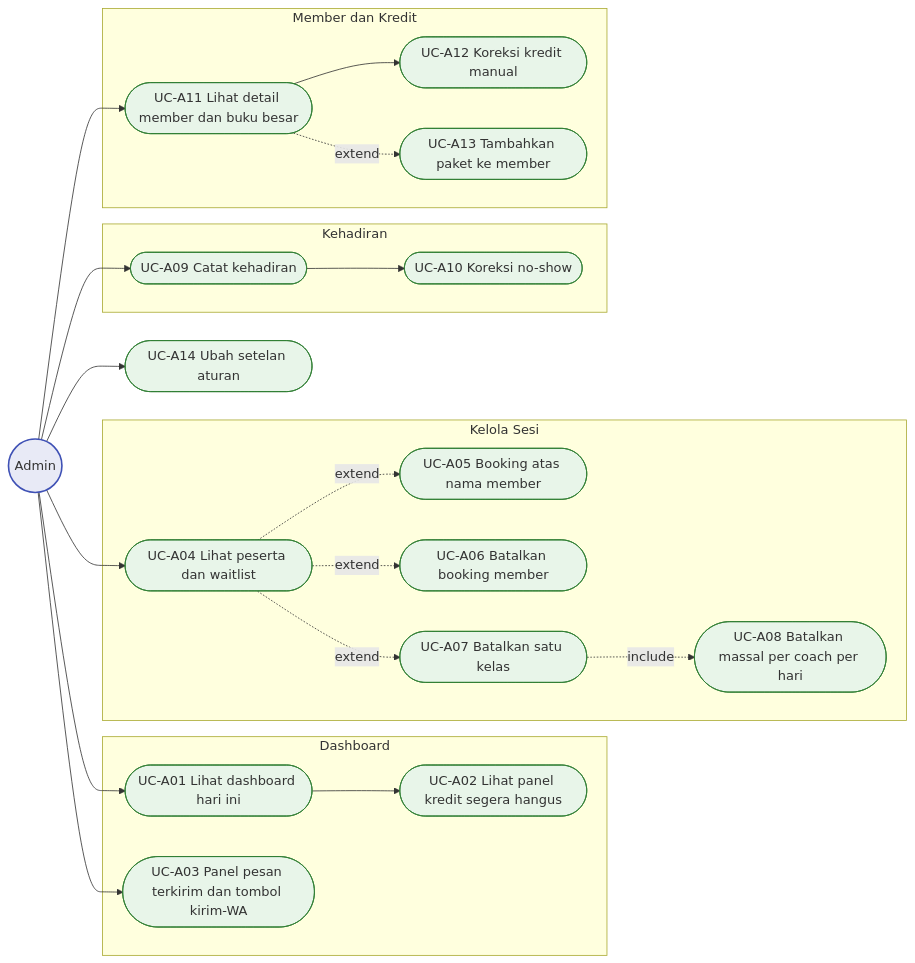
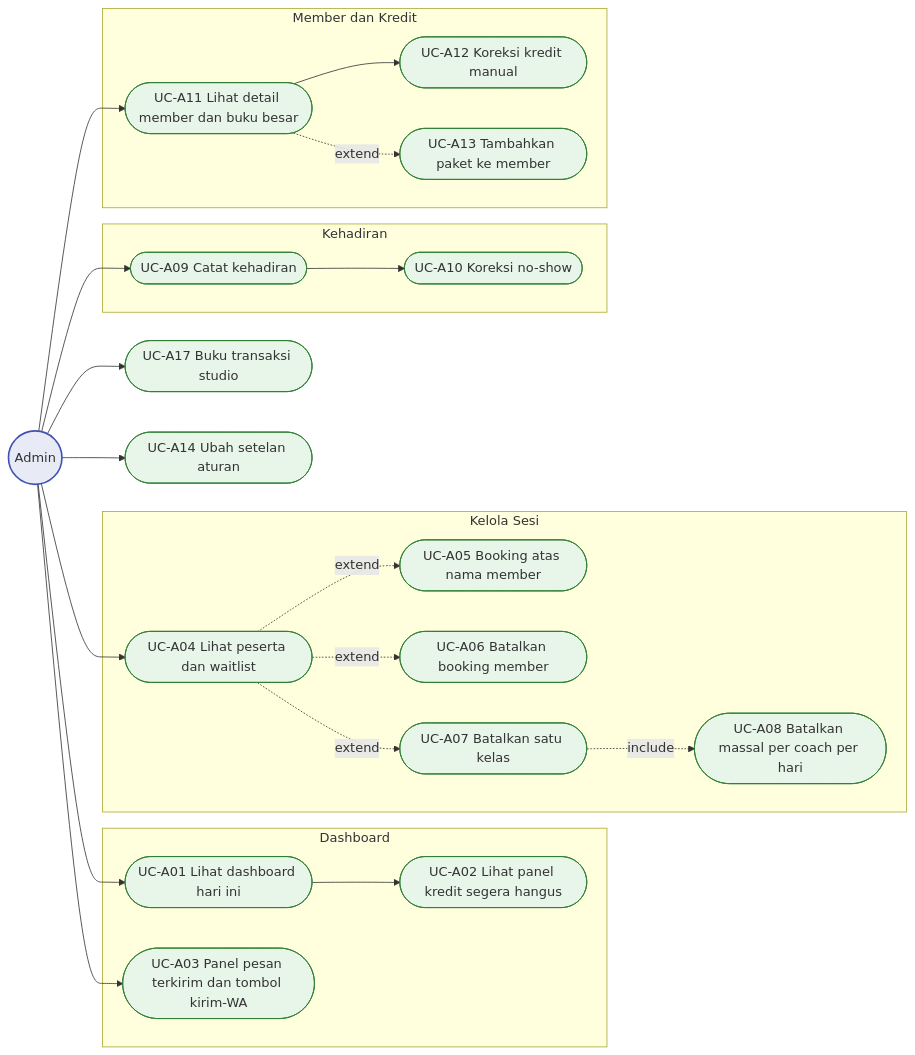
The third of 9 diagrams in docs/03-use-cases.md (arikmhm/pilates-booking-system), drawn with Mermaid before and after one commit. The commit also changed other lines of this file and 9 other files, not shown here.

````diff
--- a/docs/03-use-cases.md
+++ b/docs/03-use-cases.md
@@ -107,46 +109,48 @@
 ```mermaid
 flowchart LR
     A(("Admin")):::aktor
 
     subgraph DASH["Dashboard"]
         A01(["UC-A01 Lihat dashboard hari ini"]):::demo
         A02(["UC-A02 Lihat panel kredit segera hangus"]):::demo
         A03(["UC-A03 Panel pesan terkirim dan tombol kirim-WA"]):::demo
     end
 
     subgraph SESI["Kelola Sesi"]
         A04(["UC-A04 Lihat peserta dan waitlist"]):::demo
         A05(["UC-A05 Booking atas nama member"]):::demo
         A06(["UC-A06 Batalkan booking member"]):::demo
         A07(["UC-A07 Batalkan satu kelas"]):::demo
         A08(["UC-A08 Batalkan massal per coach per hari"]):::demo
     end
 
     subgraph HADIR["Kehadiran"]
         A09(["UC-A09 Catat kehadiran"]):::demo
         A10(["UC-A10 Koreksi no-show"]):::demo
     end
 
     subgraph MEMBER["Member dan Kredit"]
         A11(["UC-A11 Lihat detail member dan buku besar"]):::demo
         A12(["UC-A12 Koreksi kredit manual"]):::demo
         A13(["UC-A13 Tambahkan paket ke member"]):::demo
     end
 
+    A17(["UC-A17 Buku transaksi studio"]):::demo
     A14(["UC-A14 Ubah setelan aturan"]):::demo
 
     A --> A01 --> A02
     A --> A03
     A --> A04
     A04 -. "extend" .-> A05
     A04 -. "extend" .-> A06
     A04 -. "extend" .-> A07
     A07 -. "include" .-> A08
     A --> A09 --> A10
     A --> A11 --> A12
     A11 -. "extend" .-> A13
+    A --> A17
     A --> A14
 
     classDef aktor fill:#e8eaf6,stroke:#3f51b5,stroke-width:2px
     classDef demo fill:#e8f5e9,stroke:#2e7d32
 ```
````
